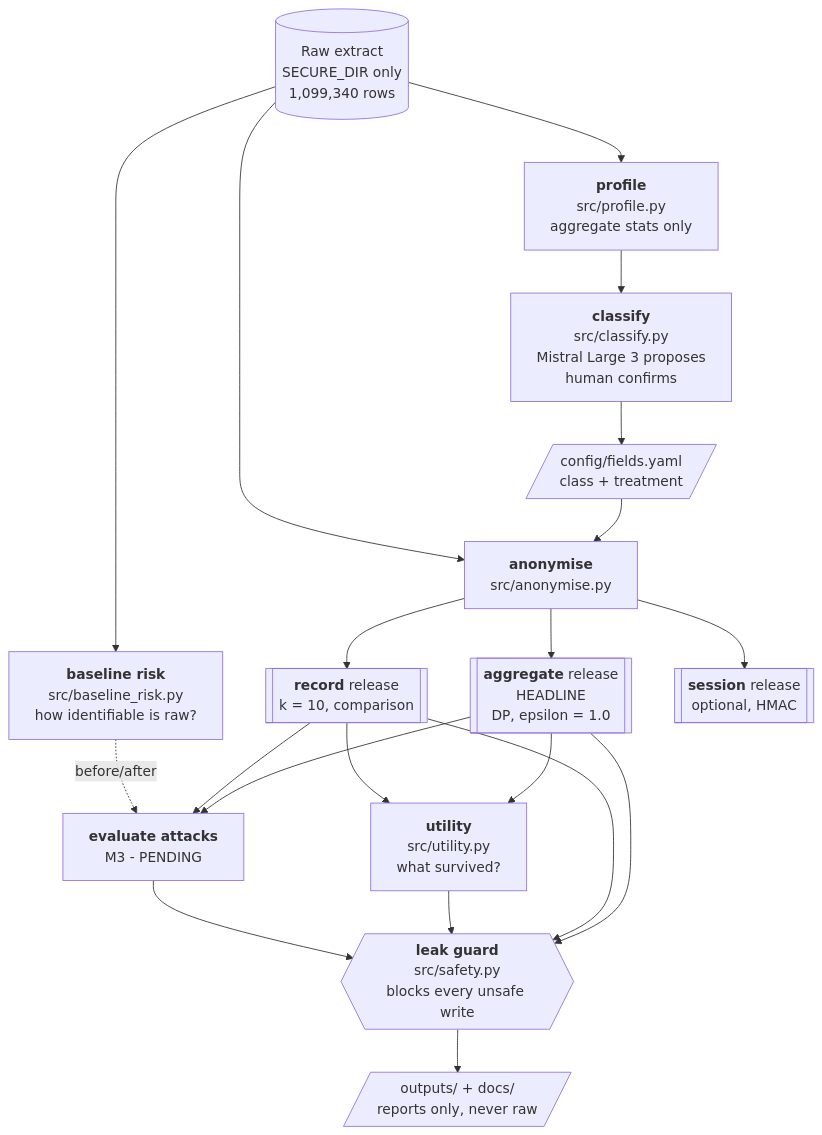
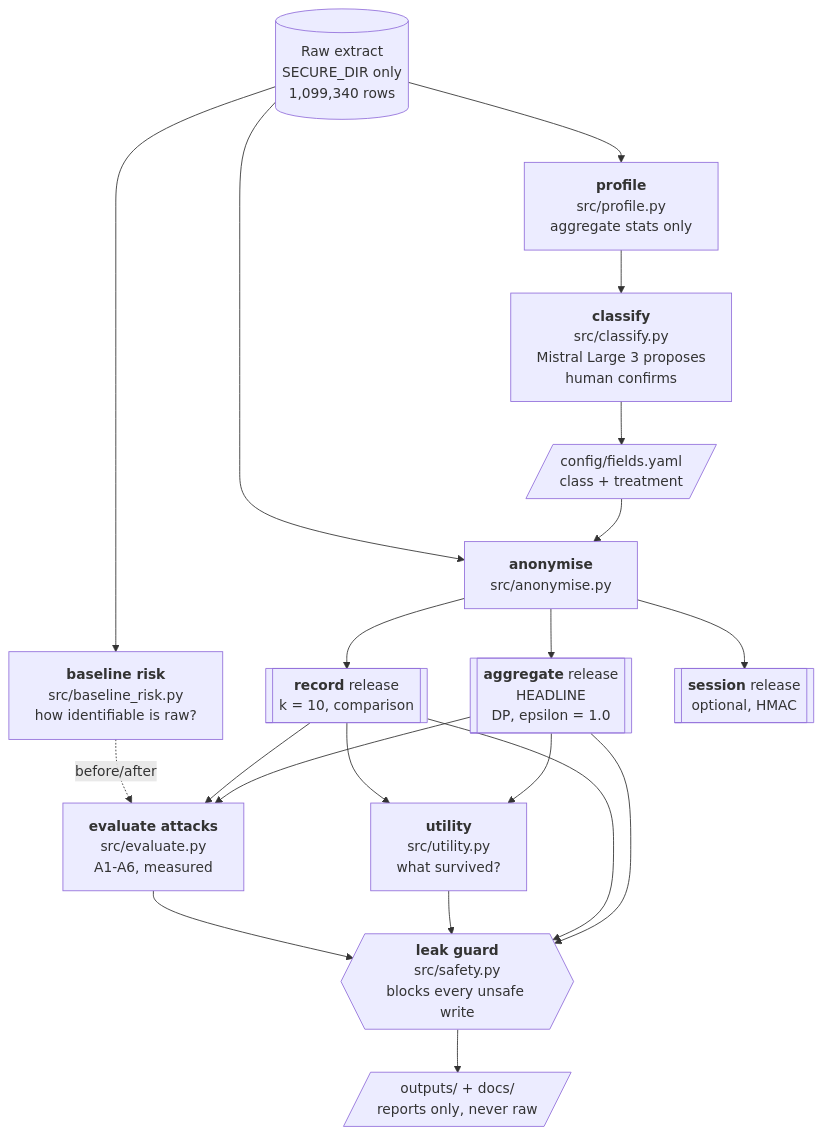
Before and after one commit to weirdlyviral/AaltoAI-Elisa: the diagram in docs/PITCH_GUIDE.md, drawn with Mermaid. The commit also changed other lines of this file and 15 other files, not shown here.

````diff
--- a/docs/PITCH_GUIDE.md
+++ b/docs/PITCH_GUIDE.md
@@ -59,28 +59,28 @@
 ```mermaid
 flowchart TD
     RAW[("Raw extract<br/>SECURE_DIR only<br/>1,099,340 rows")]
 
     RAW --> PROFILE["<b>profile</b><br/>src/profile.py<br/>aggregate stats only"]
     PROFILE --> CLASSIFY["<b>classify</b><br/>src/classify.py<br/>Mistral Large 3 proposes<br/>human confirms"]
     RAW --> BASELINE["<b>baseline risk</b><br/>src/baseline_risk.py<br/>how identifiable is raw?"]
 
     CLASSIFY --> FIELDS[/"config/fields.yaml<br/>class + treatment"/]
     FIELDS --> ANON["<b>anonymise</b><br/>src/anonymise.py"]
     RAW --> ANON
 
     ANON --> AGG[["<b>aggregate</b> release<br/>HEADLINE<br/>DP, epsilon = 1.0"]]
     ANON --> REC[["<b>record</b> release<br/>k = 10, comparison"]]
     ANON --> SES[["<b>session</b> release<br/>optional, HMAC"]]
 
-    AGG --> EVAL["<b>evaluate attacks</b><br/>M3 - PENDING"]
+    AGG --> EVAL["<b>evaluate attacks</b><br/>src/evaluate.py<br/>A1-A6, measured"]
     REC --> EVAL
     AGG --> UTIL["<b>utility</b><br/>src/utility.py<br/>what survived?"]
     REC --> UTIL
     BASELINE -.->|before/after| EVAL
 
     AGG --> GUARD{{"<b>leak guard</b><br/>src/safety.py<br/>blocks every unsafe write"}}
     REC --> GUARD
     UTIL --> GUARD
     EVAL --> GUARD
     GUARD --> OUT[/"outputs/ + docs/<br/>reports only, never raw"/]
 ```
````
